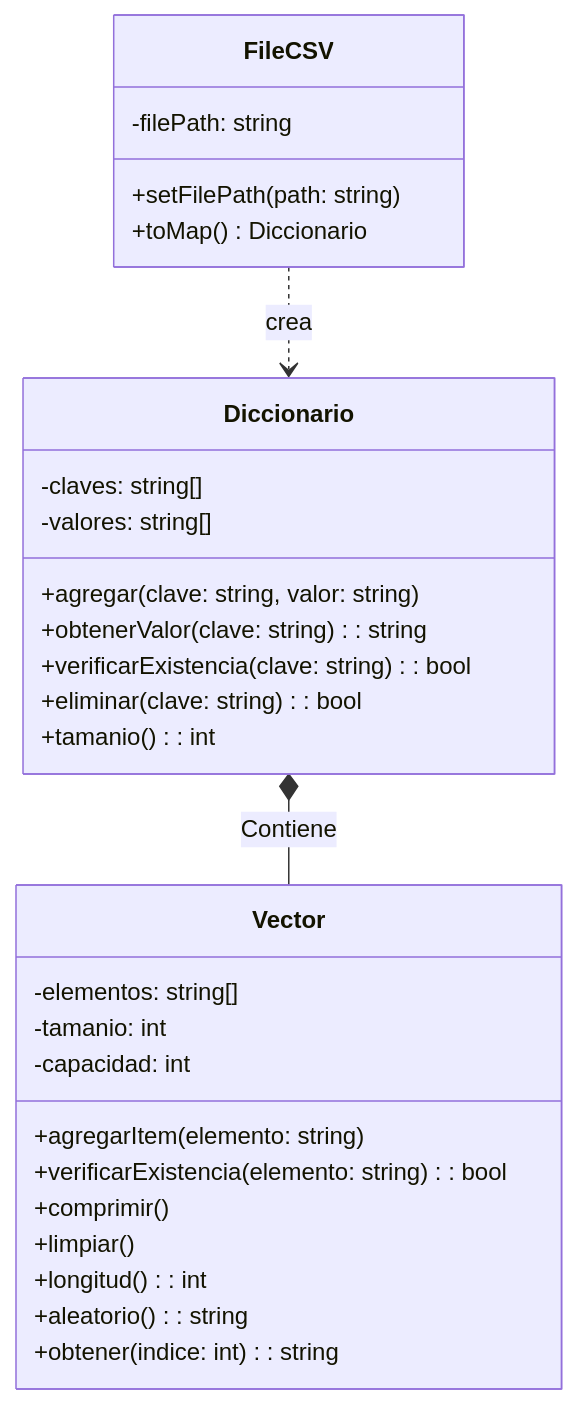
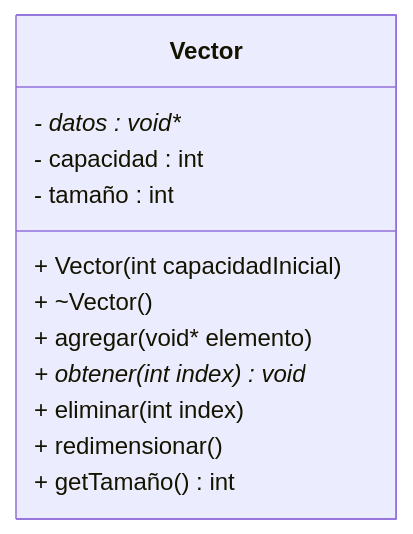
The third of 5 diagrams in entregable_1/entregable_1.md (Nataorozco/Desafio_II), drawn with Mermaid before and after one commit. The commit also changed other lines of this file, not shown here.

````diff
--- a/entregable_1/entregable_1.md
+++ b/entregable_1/entregable_1.md
@@ -100,34 +136,18 @@
 ```mermaid
+
 classDiagram
-    class FileCSV {
-        -filePath: string
-        +setFilePath(path: string)
-        +toMap() Diccionario
+
+    class Vector {
+        - datos : void**
+        - capacidad : int
+        - tamaño : int
+        + Vector(int capacidadInicial)
+        + ~Vector()
+        + agregar(void* elemento)
+        + obtener(int index) void*
+        + eliminar(int index)
+        + redimensionar()
+        + getTamaño() int
     }
-    
-    class Diccionario {
-        -claves: string[]
-        -valores: string[]
-        +agregar(clave: string, valor: string)
-        +obtenerValor(clave: string): string
-        +verificarExistencia(clave: string): bool
-        +eliminar(clave: string): bool
-        +tamanio(): int
-    }
-    
-    class Vector {
-        -elementos: string[]
-        -tamanio: int
-        -capacidad: int
-        +agregarItem(elemento: string)
-        +verificarExistencia(elemento: string): bool
-        +comprimir()
-        +limpiar()
-        +longitud(): int
-        +aleatorio(): string
-        +obtener(indice: int): string
-    }
-    
-    FileCSV ..> Diccionario : crea
-    Diccionario *-- Vector : Contiene
+
 ```
````
